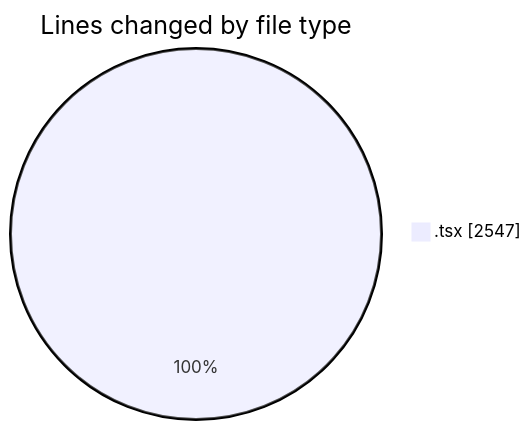
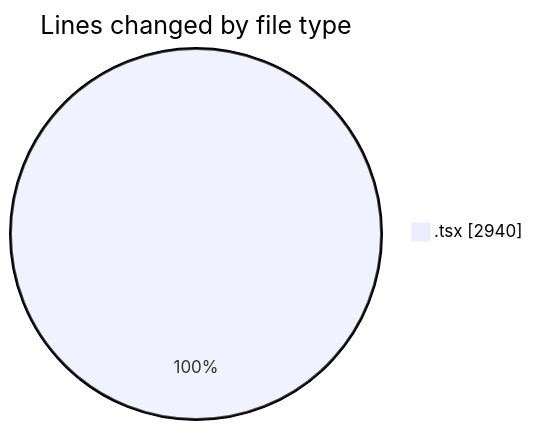
Before and after one commit to nxtqubesakshisongat/code-tracking: the first of 2 diagrams in 2026-04-09/airfeed-analytics-dashboard/README.md, drawn with Mermaid. The commit also changed other lines of this file and 1 other file, not shown here.

````diff
--- a/2026-04-09/airfeed-analytics-dashboard/README.md
+++ b/2026-04-09/airfeed-analytics-dashboard/README.md
@@ -27,5 +27,5 @@
 ```mermaid
 pie showData
 title Lines changed by file type
-".tsx" : 2547
+".tsx" : 2940
 ```
````
